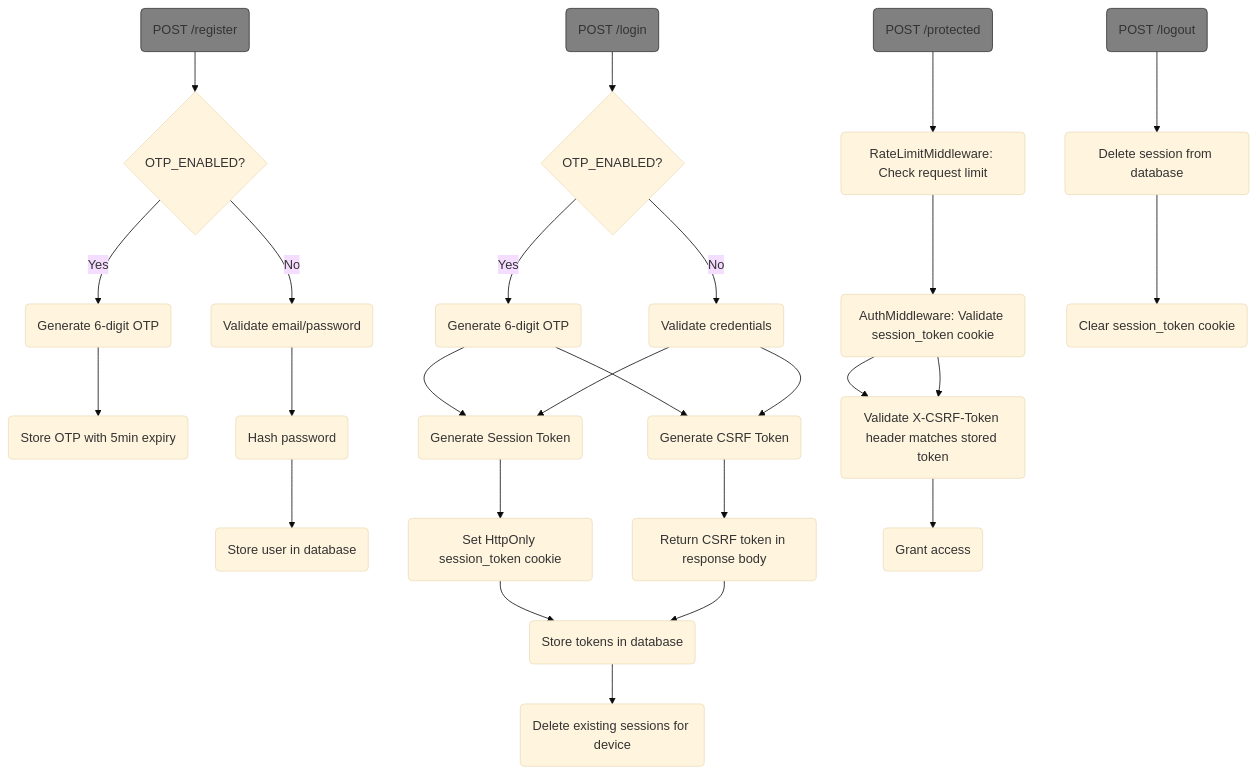
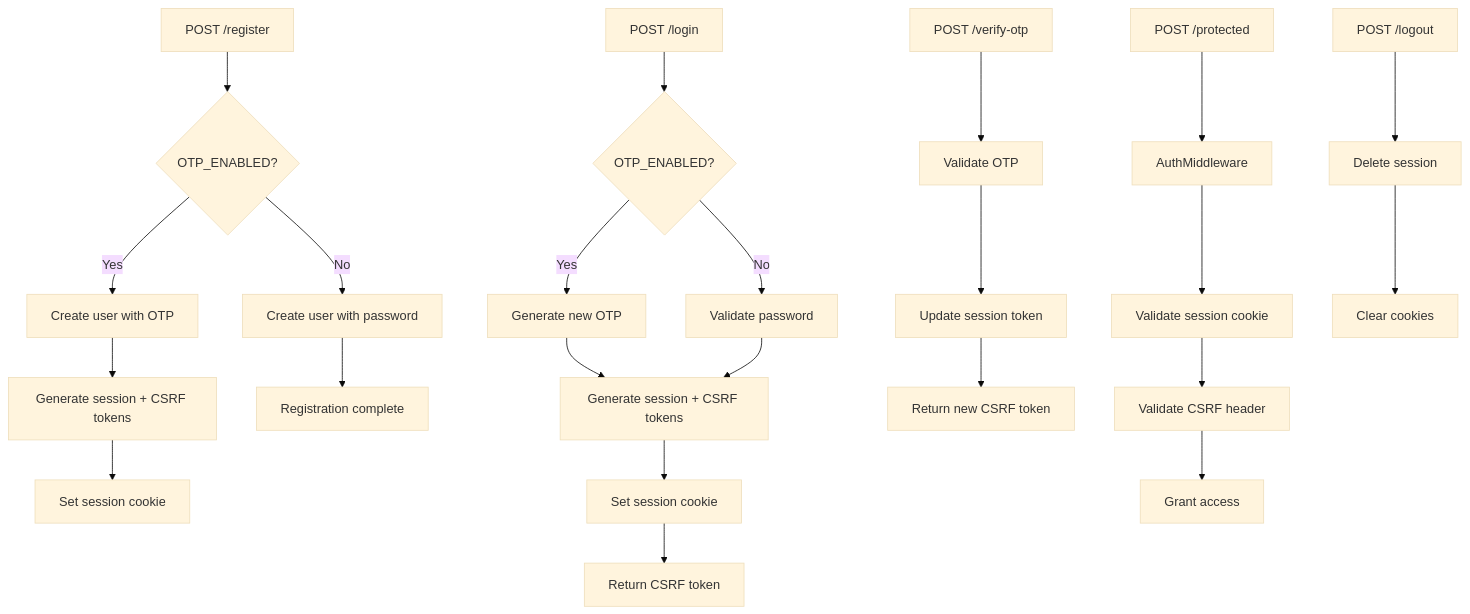
The diagram in docs/auth_workflow.md (ncg200101-lab/camp-backend), drawn with Mermaid (base theme) before and after one commit. The commit also changed other lines of this file and 16 other files, not shown here.

````diff
--- a/docs/auth_workflow.md
+++ b/docs/auth_workflow.md
@@ -4,36 +13,29 @@
 ```mermaid
 flowchart TD
-    A(POST /register) --> B{OTP_ENABLED?}
-    B -->|Yes| C(Generate 6-digit OTP)
-    C --> D(Store OTP with 5min expiry)
-    B -->|No| E(Validate email/password)
-    E --> F(Hash password)
-    F --> G(Store user in database)
+    A[POST /register] --> B{OTP_ENABLED?}
+    B -->|Yes| C[Create user with OTP]
+    B -->|No| D[Create user with password]
+    C --> E[Generate session + CSRF tokens]
+    D --> F[Registration complete]
+    E --> G[Set session cookie]
 
-    H(POST /login) --> I{OTP_ENABLED?}
-    I -->|Yes| J(Generate 6-digit OTP)
-    I -->|No| K(Validate credentials)
-    J --> L(Generate Session Token)
-    J --> M(Generate CSRF Token)
-    K --> L(Generate Session Token)
-    K --> M(Generate CSRF Token)
-    L --> O(Set HttpOnly session_token cookie)
-    M --> P(Return CSRF token in response body)
-    O --> Q(Store tokens in database)
-    P --> Q(Store tokens in database)
-    Q --> R(Delete existing sessions for device)
+    H[POST /login] --> I{OTP_ENABLED?}
+    I -->|Yes| J[Generate new OTP]
+    I -->|No| K[Validate password]
+    J --> L[Generate session + CSRF tokens]
+    K --> L
+    L --> M[Set session cookie]
+    M --> N[Return CSRF token]
 
-    S(POST /protected) --> T(RateLimitMiddleware: Check request limit)
-    T --> U(AuthMiddleware: Validate session_token cookie)
-    U --> V(Get session from database)
-    U --> V(Validate X-CSRF-Token header matches stored token)
-    V --> W(Grant access)
+    O[POST /verify-otp] --> P[Validate OTP]
+    P --> Q[Update session token]
+    Q --> R[Return new CSRF token]
 
-    X(POST /logout) --> Y(Delete session from database)
-    Y --> Z(Clear session_token cookie)
+    S[POST /protected] --> T[AuthMiddleware]
+    T --> U[Validate session cookie]
+    U --> V[Validate CSRF header]
+    V --> W[Grant access]
 
-    style A fill: #808080,stroke:#333
-    style H fill: #808080,stroke:#333
-    style S fill: #808080,stroke:#333
-    style X fill: #808080,stroke:#333
+    X[POST /logout] --> Y[Delete session]
+    Y --> Z[Clear cookies]
 ```
````
